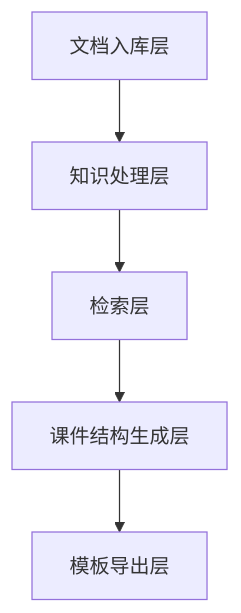
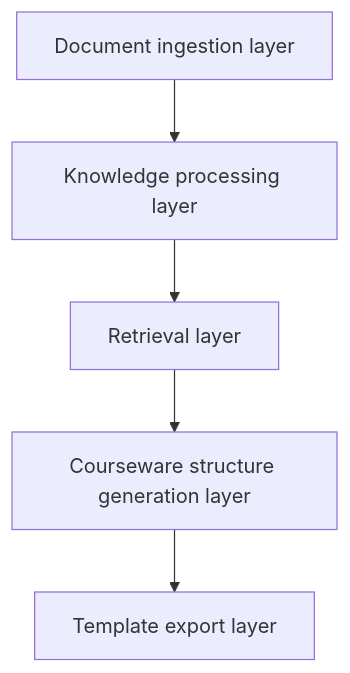
One commit to oudbiao/AI-fullstack-course changed the second of 2 diagrams in docs/ch08-rag/ch05-projects/04-courseware-assistant.md. Above: the diagram before and after it, drawn with Mermaid. The commit also changed other lines of this file and 1406 other files, not shown here.

````diff
--- a/docs/ch08-rag/ch05-projects/04-courseware-assistant.md
+++ b/docs/ch08-rag/ch05-projects/04-courseware-assistant.md
@@ -153,7 +153,7 @@
 ```mermaid
 flowchart TD
-    A["文档入库层"] --> B["知识处理层"]
-    B --> C["检索层"]
-    C --> D["课件结构生成层"]
-    D --> E["模板导出层"]
+    A["Document ingestion layer"] --> B["Knowledge processing layer"]
+    B --> C["Retrieval layer"]
+    C --> D["Courseware structure generation layer"]
+    D --> E["Template export layer"]
 ```
````
